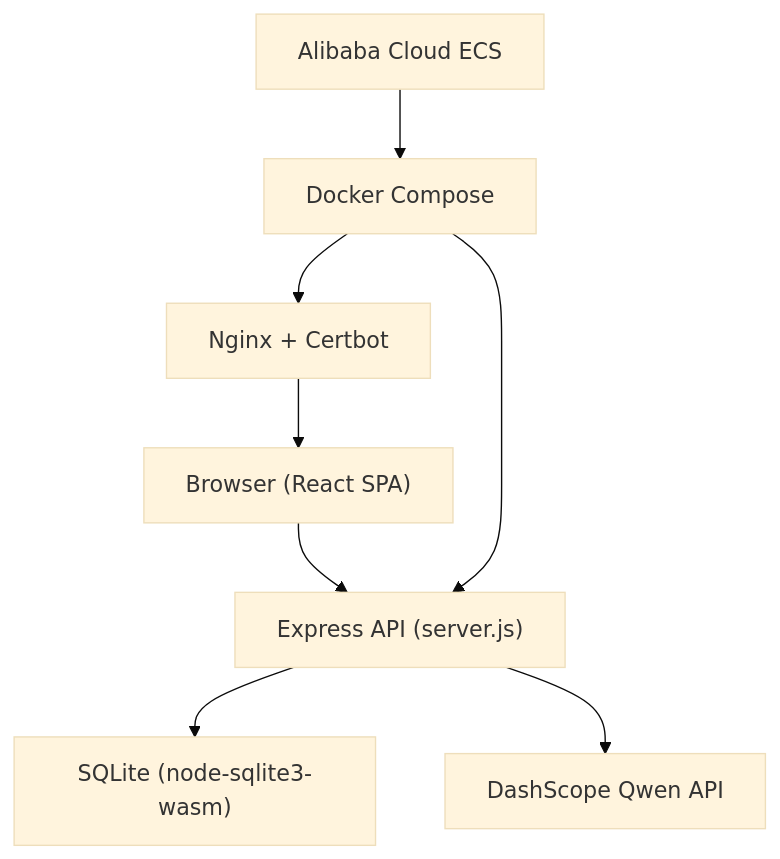
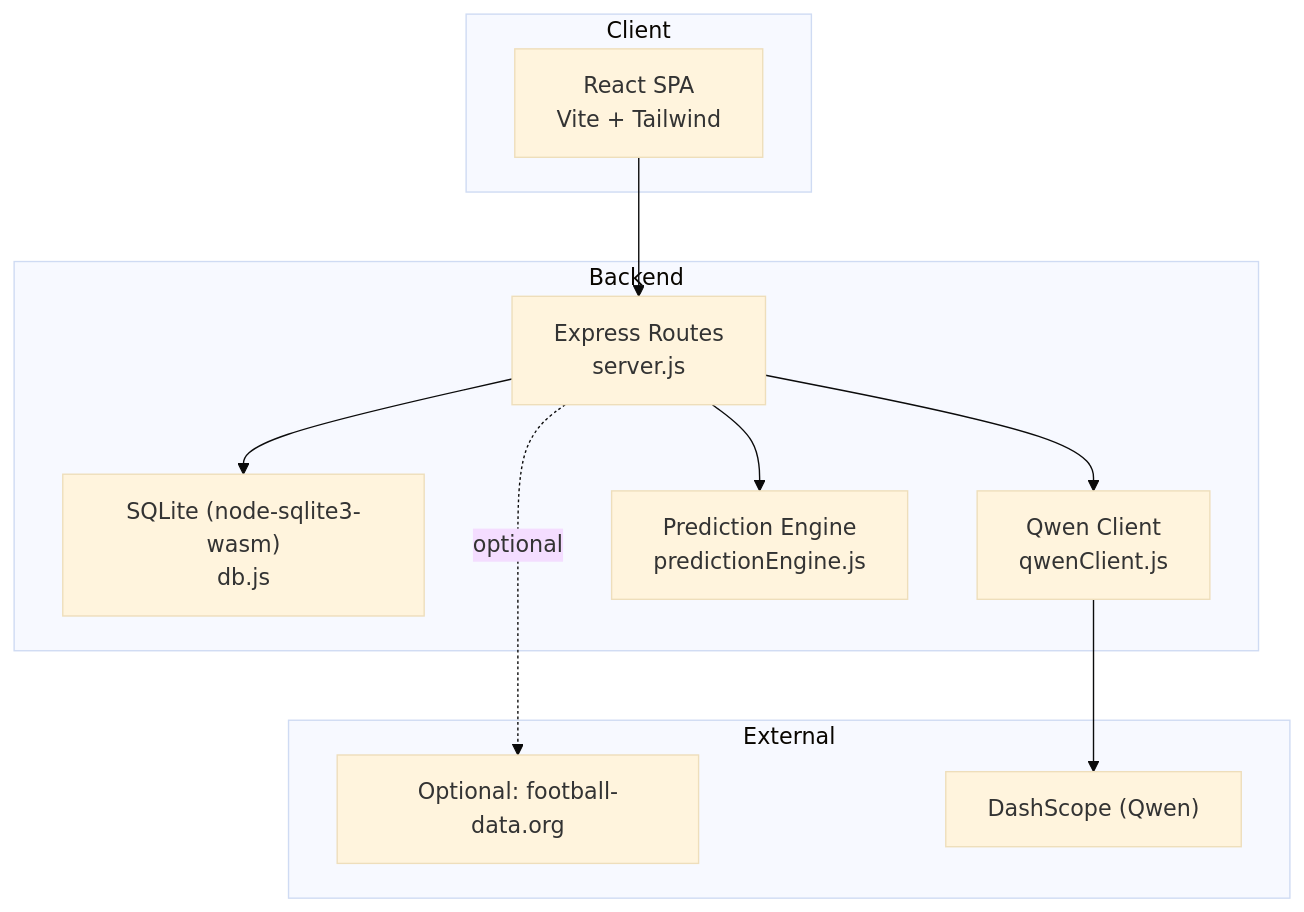
One commit to cheesiong/WC26-qwen changed the second of 8 diagrams in .qoder/repowiki/en/content/Project Overview/Technology Stack.md. Above: the diagram before and after it, drawn with Mermaid (base theme). The commit also changed other lines of this file and 181 other files, not shown here.

````diff
--- a/.qoder/repowiki/en/content/Project Overview/Technology Stack.md
+++ b/.qoder/repowiki/en/content/Project Overview/Technology Stack.md
@@ -114,17 +123,22 @@
 ```mermaid
 graph TB
-Client["Browser (React SPA)"]
-API["Express API (server.js)"]
-DB["SQLite (node-sqlite3-wasm)"]
-Qwen["DashScope Qwen API"]
-Docker["Docker Compose"]
-Nginx["Nginx + Certbot"]
-ECS["Alibaba Cloud ECS"]
-Client --> API
+subgraph "Client"
+UI["React SPA<br/>Vite + Tailwind"]
+end
+subgraph "Backend"
+API["Express Routes<br/>server.js"]
+DB["SQLite (node-sqlite3-wasm)<br/>db.js"]
+QWEN["Qwen Client<br/>qwenClient.js"]
+ENG["Prediction Engine<br/>predictionEngine.js"]
+end
+subgraph "External"
+FS["Optional: football-data.org"]
+DS["DashScope (Qwen)"]
+end
+UI --> API
 API --> DB
-API --> Qwen
-Docker --> API
-Docker --> Nginx
-ECS --> Docker
-Nginx --> Client
+API --> QWEN
+API --> ENG
+QWEN --> DS
+API -. optional .-> FS
 ```
````
